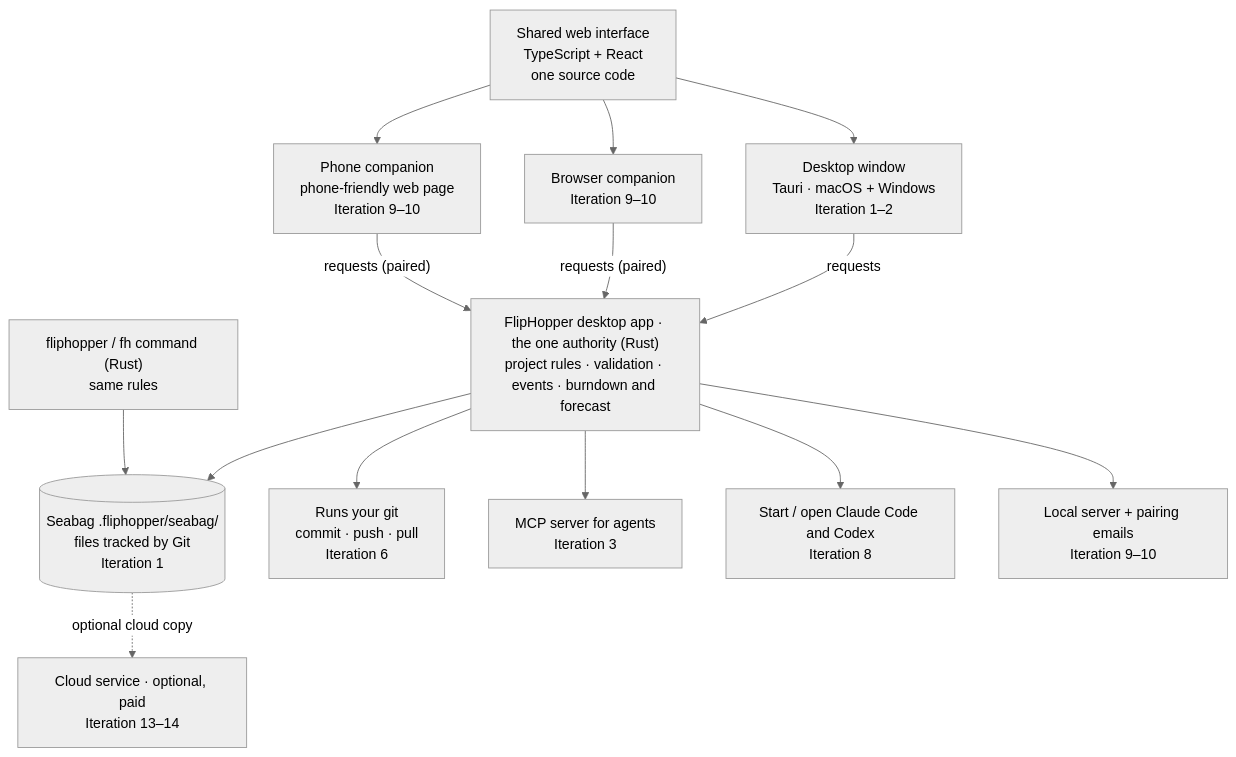
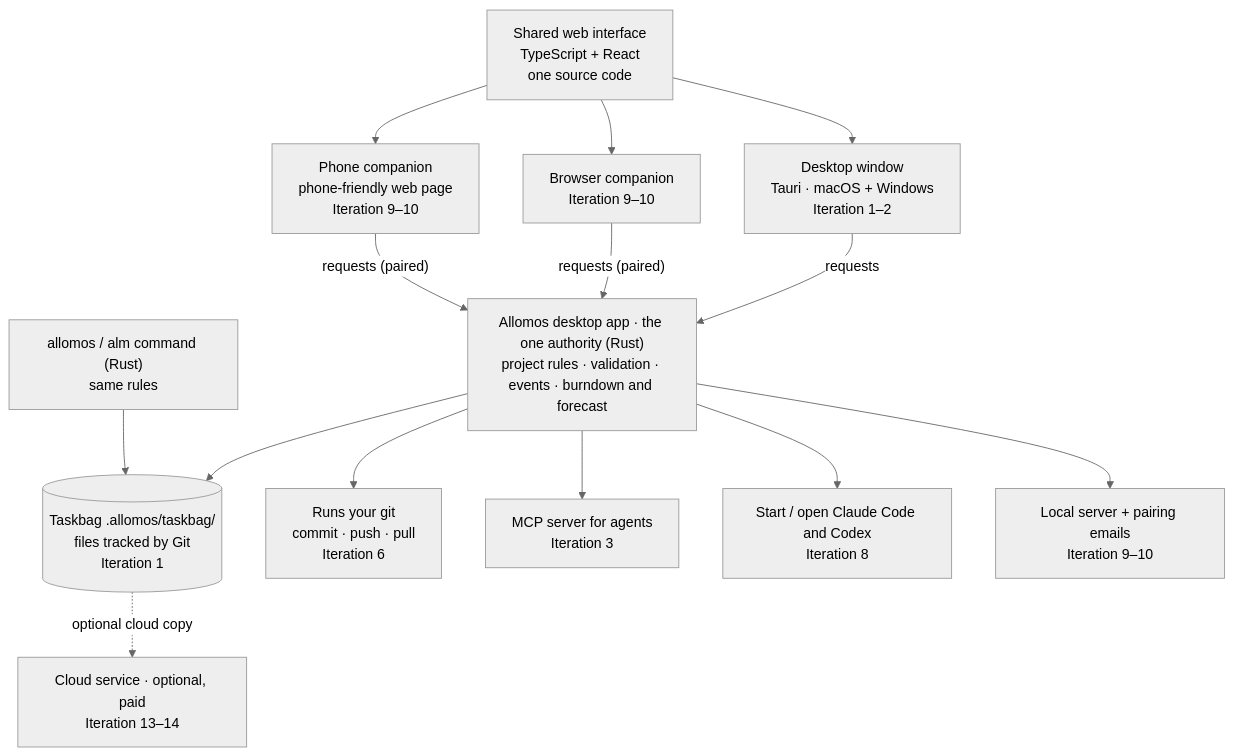
One commit to allomos/allomos changed the diagram in docs/product/PLAN.md. Above: the diagram before and after it, drawn with Mermaid (neutral theme). The commit also changed other lines of this file and 48 other files, not shown here.

````diff
--- a/docs/product/PLAN.md
+++ b/docs/product/PLAN.md
@@ -112,18 +112,18 @@
 ```mermaid
 flowchart TD
     UI["Shared web interface<br/>TypeScript + React<br/>one source code"]
     UI --> DW["Desktop window<br/>Tauri · macOS + Windows<br/>Iteration 1–2"]
     UI --> BC["Browser companion<br/>Iteration 9–10"]
     UI --> PC["Phone companion<br/>phone-friendly web page<br/>Iteration 9–10"]
     DW -- requests --> HUB
     BC -- "requests (paired)" --> HUB
     PC -- "requests (paired)" --> HUB
-    HUB["FlipHopper desktop app · the one authority (Rust)<br/>project rules · validation · events · burndown and forecast"]
-    HUB --> TB[("Seabag .fliphopper/seabag/<br/>files tracked by Git<br/>Iteration 1")]
+    HUB["Allomos desktop app · the one authority (Rust)<br/>project rules · validation · events · burndown and forecast"]
+    HUB --> TB[("Taskbag .allomos/taskbag/<br/>files tracked by Git<br/>Iteration 1")]
     HUB --> GIT["Runs your git<br/>commit · push · pull<br/>Iteration 6"]
     HUB --> MCP["MCP server for agents<br/>Iteration 3"]
     HUB --> RUN["Start / open Claude Code and Codex<br/>Iteration 8"]
     HUB --> SRV["Local server + pairing emails<br/>Iteration 9–10"]
-    CLI["fliphopper / fh command (Rust)<br/>same rules"] --> TB
+    CLI["allomos / alm command (Rust)<br/>same rules"] --> TB
     TB -. "optional cloud copy" .-> CLOUD["Cloud service · optional, paid<br/>Iteration 13–14"]
 ```
````
